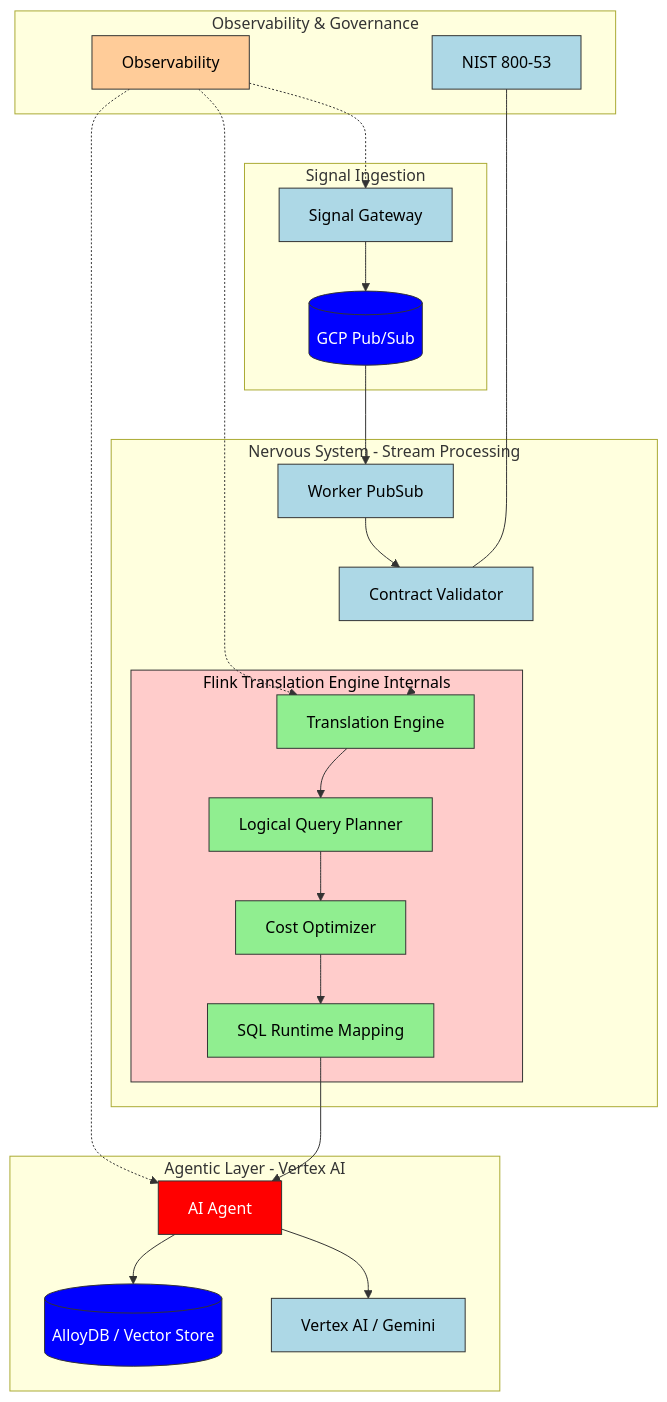
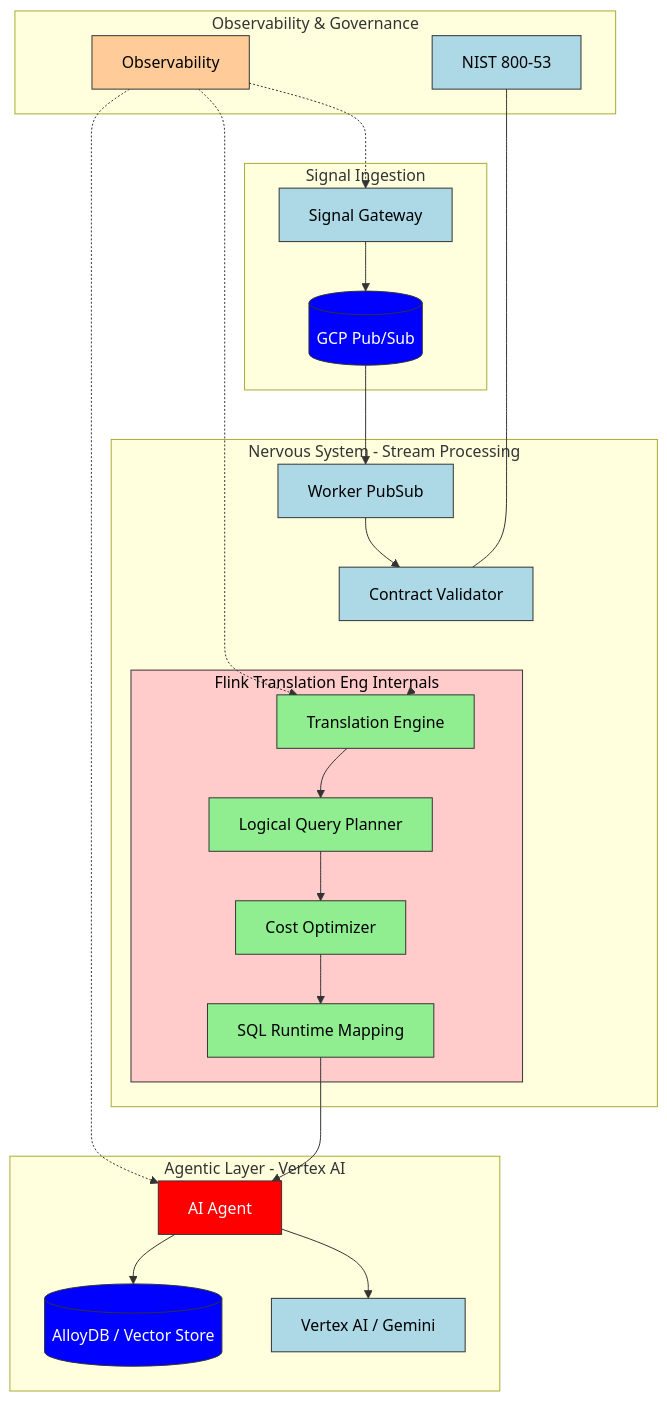
The diagram in README.md (siralfbaez/mia-agentic-data-nervous-system-kfg-v3), drawn with Mermaid before and after one commit. The commit also changed other lines of this file and 12 other files, not shown here.

````diff
--- a/README.md
+++ b/README.md
@@ -11,58 +9,58 @@
 ```mermaid
 graph TD
     subgraph SI [Signal Ingestion]
         SG[Signal Gateway] --> PS[(GCP Pub/Sub)]
     end
 
     subgraph NS [Nervous System - Stream Processing]
         PS --> WP[Worker PubSub]
         WP --> CV[Contract Validator]
         CV --> TE[Translation Engine]
         
         %% Invisible spacer to push the subgraph down
             TE ~~~ spacer[ ]
         linkStyle 3 stroke-width:0px;
         style spacer fill:none,stroke:none,color:none
             TE ~~~ spacer[ ] 
-        subgraph FTI [Flink Translation Engine Internals]
+        subgraph FTI [Flink Translation Eng Internals]
             TE --> Planner[Logical Query Planner]
             Planner --> Optimizer[Cost Optimizer]
             Optimizer --> Runtime[SQL Runtime Mapping]
         end
     end
 
     subgraph AL [Agentic Layer - Vertex AI]
         Runtime --> AA[AI Agent]
         AA --> VAI[Vertex AI / Gemini]
         AA --> ADB[(AlloyDB / Vector Store)]
     end
 
     subgraph OG [Observability & Governance]
         Obs[Observability] -.-> SG
         Obs -.-> TE
         Obs -.-> AA
         Compliance[NIST 800-53] --- CV
     end
 
     %% Styling
     style SG fill:#add8e6,stroke:#333,color:#000
     style WP fill:#add8e6,stroke:#333,color:#000
     style CV fill:#add8e6,stroke:#333,color:#000
     style VAI fill:#add8e6,stroke:#333,color:#000
     style Compliance fill:#add8e6,stroke:#333,color:#000
     
     style Obs fill:#ffcc99,stroke:#333,color:#000
     
     style TE fill:#90ee90,stroke:#333,color:#000
     style Planner fill:#90ee90,stroke:#333,color:#000
     style Optimizer fill:#90ee90,stroke:#333,color:#000
     style Runtime fill:#90ee90,stroke:#333,color:#000
     
     style AA fill:#ff0000,stroke:#333,color:#fff
     style PS fill:#0000ff,stroke:#333,color:#fff
     style ADB fill:#0000ff,stroke:#333,color:#fff
 
     style FTI fill:#ffcccb,stroke:#333,color:#000
     
 
 ```
````
